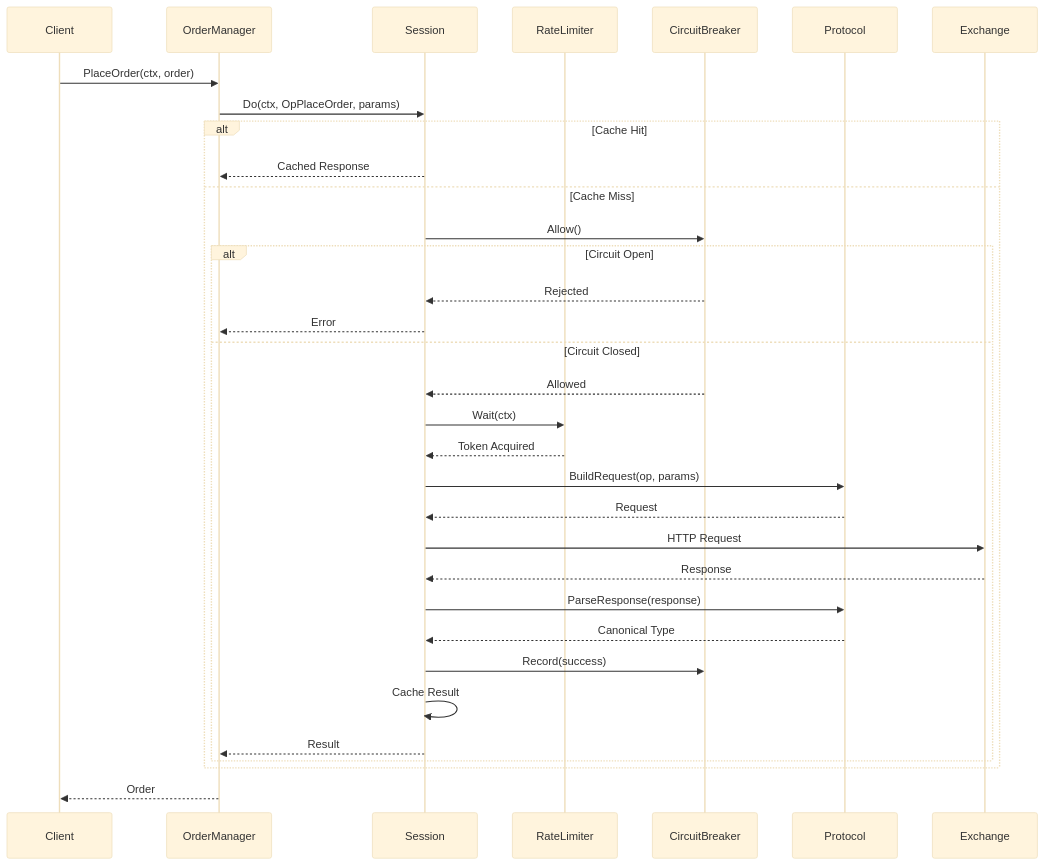
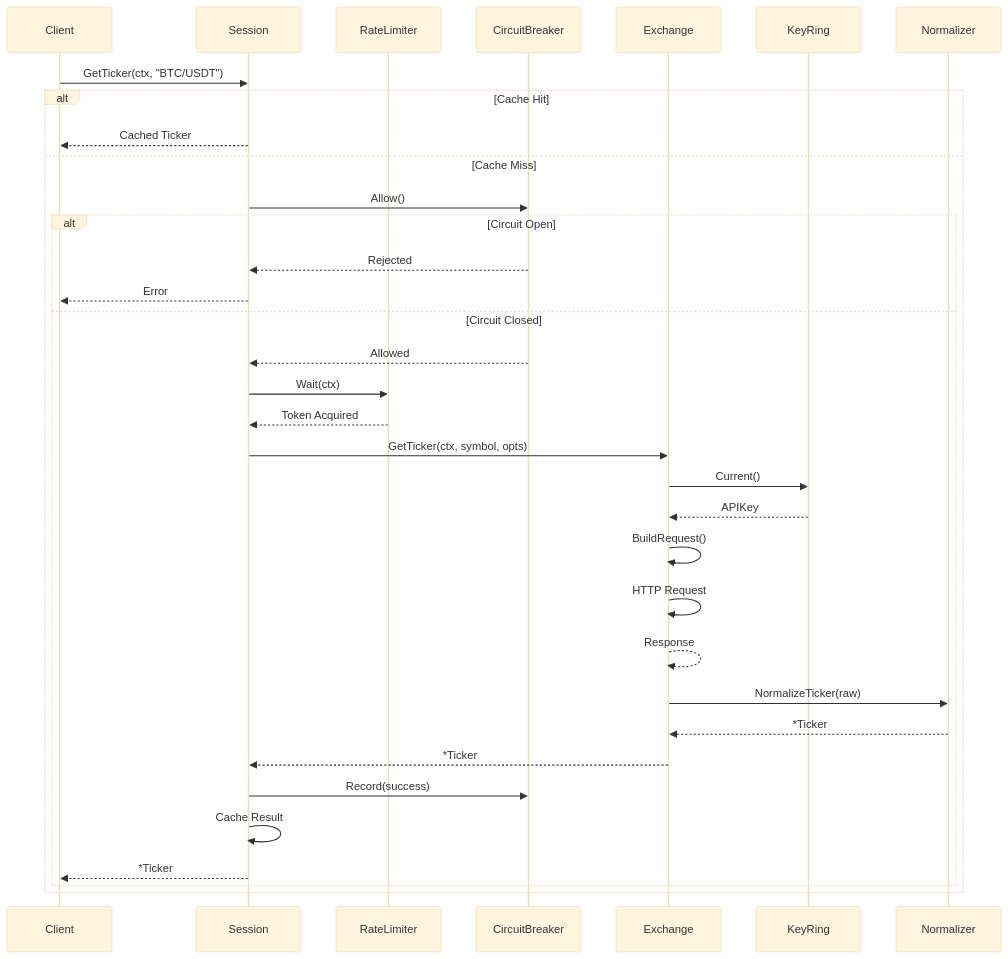
The second of 2 diagrams in README.md (pwnholic/sadewa), drawn with Mermaid (base theme) before and after one commit. The commit also changed other lines of this file, not shown here.

First line of the commit message:
docs: update README architecture diagrams

````diff
--- a/README.md
+++ b/README.md
@@ -123,37 +128,38 @@
 ```mermaid
 sequenceDiagram
     participant C as Client
-    participant OM as OrderManager
     participant S as Session
     participant RL as RateLimiter
     participant CB as CircuitBreaker
-    participant P as Protocol
     participant E as Exchange
+    participant KR as KeyRing
+    participant N as Normalizer
 
-    C->>OM: PlaceOrder(ctx, order)
-    OM->>S: Do(ctx, OpPlaceOrder, params)
+    C->>S: GetTicker(ctx, "BTC/USDT")
 
     alt Cache Hit
-        S-->>OM: Cached Response
+        S-->>C: Cached Ticker
     else Cache Miss
         S->>CB: Allow()
         alt Circuit Open
             CB-->>S: Rejected
-            S-->>OM: Error
+            S-->>C: Error
         else Circuit Closed
             CB-->>S: Allowed
             S->>RL: Wait(ctx)
             RL-->>S: Token Acquired
-            S->>P: BuildRequest(op, params)
-            P-->>S: Request
-            S->>E: HTTP Request
-            E-->>S: Response
-            S->>P: ParseResponse(response)
-            P-->>S: Canonical Type
+            S->>E: GetTicker(ctx, symbol, opts)
+            E->>KR: Current()
+            KR-->>E: APIKey
+            E->>E: BuildRequest()
+            E->>E: HTTP Request
+            E-->>E: Response
+            E->>N: NormalizeTicker(raw)
+            N-->>E: *Ticker
+            E-->>S: *Ticker
             S->>CB: Record(success)
             S->>S: Cache Result
-            S-->>OM: Result
+            S-->>C: *Ticker
         end
     end
-    OM-->>C: Order
 ```
````
